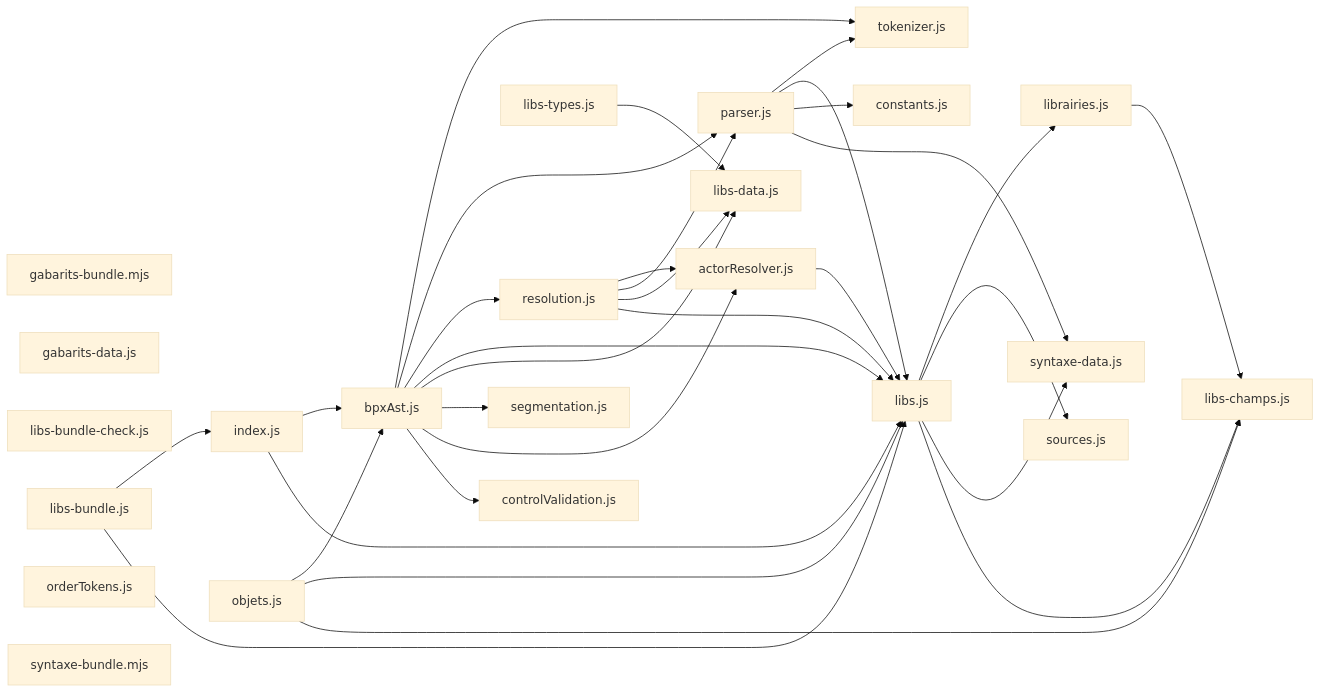
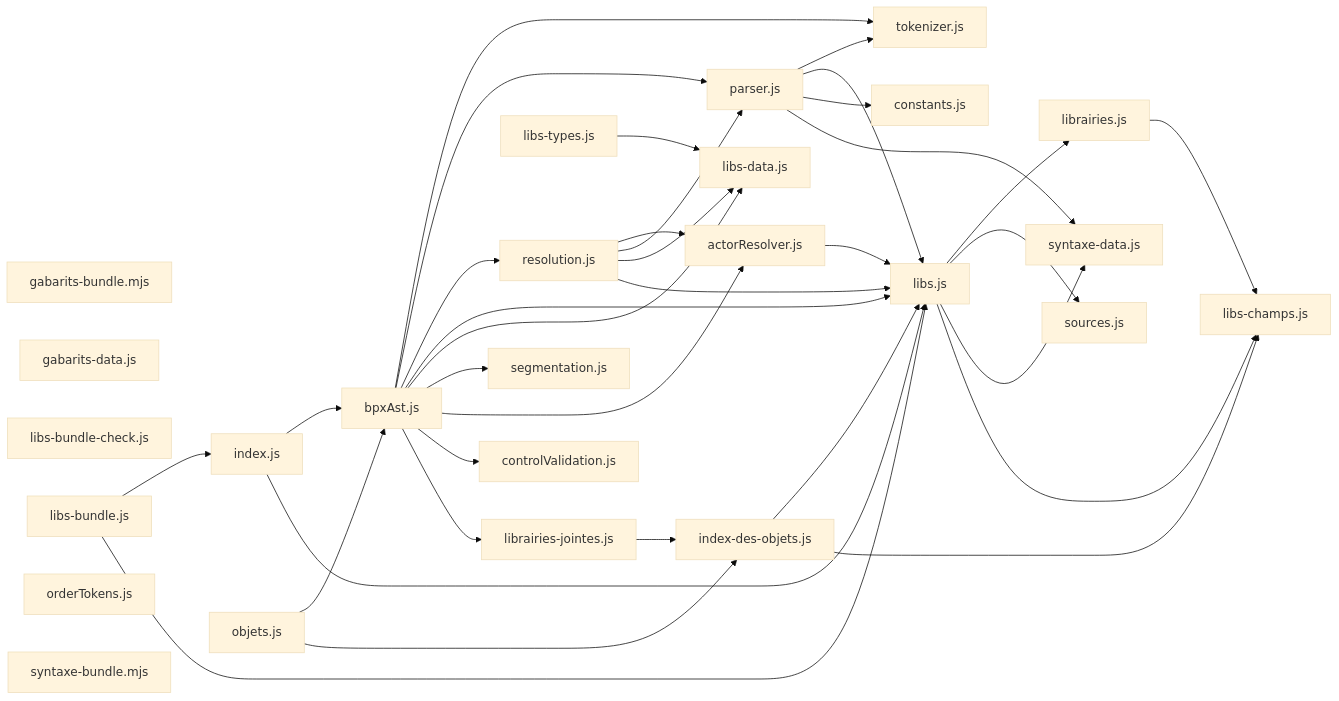
The diagram in docs/arch/carte-reel.md (roomi-fields/BPscript), drawn with Mermaid (base theme) before and after one commit. The commit also changed other lines of this file and 17 other files, not shown here.

````diff
--- a/docs/arch/carte-reel.md
+++ b/docs/arch/carte-reel.md
@@ -42,56 +44,61 @@
 ```mermaid
 flowchart LR
   actorResolver_js["actorResolver.js"]
   bpxAst_js["bpxAst.js"]
   constants_js["constants.js"]
   controlValidation_js["controlValidation.js"]
   gabarits_bundle_mjs["gabarits-bundle.mjs"]
   gabarits_data_js["gabarits-data.js"]
+  index_des_objets_js["index-des-objets.js"]
   index_js["index.js"]
+  librairies_jointes_js["librairies-jointes.js"]
   librairies_js["librairies.js"]
   libs_bundle_check_js["libs-bundle-check.js"]
   libs_bundle_js["libs-bundle.js"]
   libs_champs_js["libs-champs.js"]
   libs_data_js["libs-data.js"]
   libs_types_js["libs-types.js"]
   libs_js["libs.js"]
   objets_js["objets.js"]
   orderTokens_js["orderTokens.js"]
   parser_js["parser.js"]
   resolution_js["resolution.js"]
   segmentation_js["segmentation.js"]
   sources_js["sources.js"]
   syntaxe_bundle_mjs["syntaxe-bundle.mjs"]
   syntaxe_data_js["syntaxe-data.js"]
   tokenizer_js["tokenizer.js"]
   actorResolver_js --> libs_js
   bpxAst_js --> tokenizer_js
   bpxAst_js --> parser_js
   bpxAst_js --> resolution_js
   bpxAst_js --> libs_js
   bpxAst_js --> libs_data_js
   bpxAst_js --> segmentation_js
   bpxAst_js --> actorResolver_js
   bpxAst_js --> controlValidation_js
+  bpxAst_js --> librairies_jointes_js
+  index_des_objets_js --> libs_js
+  index_des_objets_js --> libs_champs_js
   index_js --> bpxAst_js
   index_js --> libs_js
+  librairies_jointes_js --> index_des_objets_js
   librairies_js --> libs_champs_js
   libs_bundle_js --> index_js
   libs_bundle_js --> libs_js
   libs_types_js --> libs_data_js
   libs_js --> librairies_js
   libs_js --> sources_js
   libs_js --> syntaxe_data_js
   libs_js --> libs_champs_js
   objets_js --> bpxAst_js
-  objets_js --> libs_js
-  objets_js --> libs_champs_js
+  objets_js --> index_des_objets_js
   parser_js --> tokenizer_js
   parser_js --> libs_js
   parser_js --> constants_js
   parser_js --> syntaxe_data_js
   resolution_js --> actorResolver_js
   resolution_js --> parser_js
   resolution_js --> libs_data_js
   resolution_js --> libs_js
 ```
````
